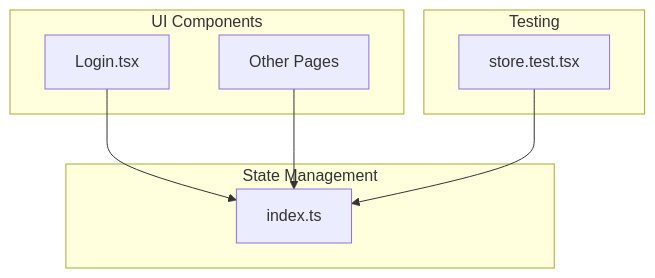
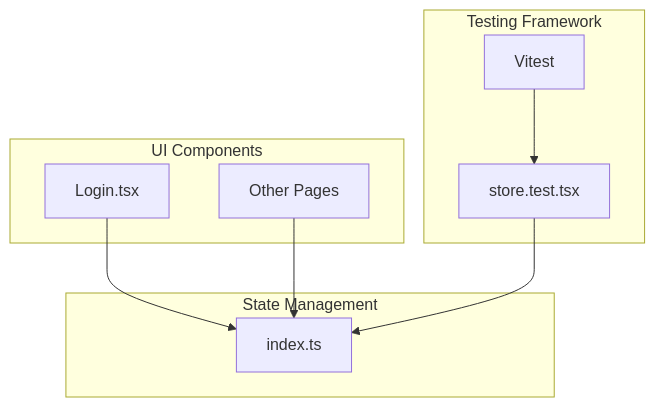
One commit to fengerzh/react-vscode-template changed the first of 6 diagrams in .qoder/repowiki/zh/content/状态管理/状态管理测试.md. Above: the diagram before and after it, drawn with Mermaid. The commit also changed other lines of this file and 15 other files, not shown here.

First line of the commit message:
fix: resolve remaining test issues with vitest

````diff
--- a/.qoder/repowiki/zh/content/状态管理/状态管理测试.md
+++ b/.qoder/repowiki/zh/content/状态管理/状态管理测试.md
@@ -43,16 +58,18 @@
 ```mermaid
 graph TB
 subgraph "UI Components"
 Login[Login.tsx]
 OtherPages[Other Pages]
 end
 subgraph "State Management"
 Store[index.ts]
 end
-subgraph "Testing"
+subgraph "Testing Framework"
+Vitest[Vitest]
 Test[store.test.tsx]
 end
 Login --> Store
 OtherPages --> Store
 Test --> Store
+Vitest --> Test
 ```
````
